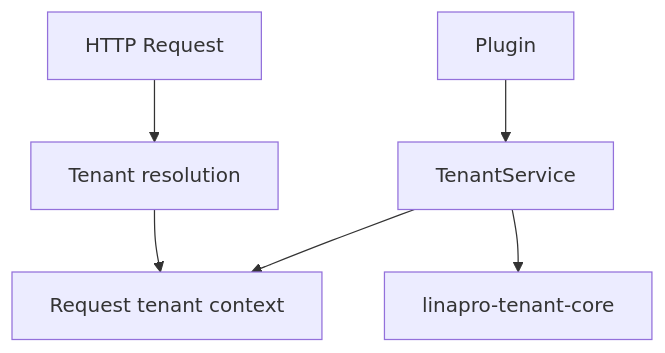
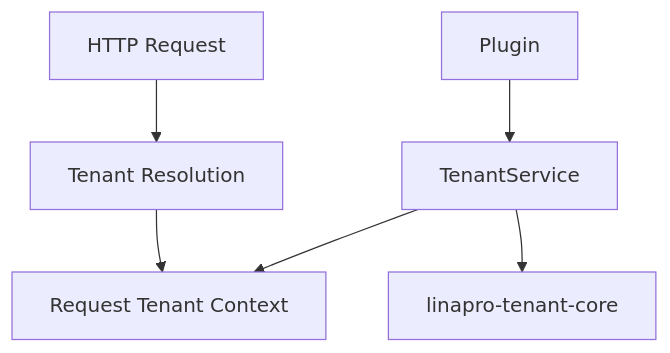
The first of 2 diagrams in apps/lina-site/i18n/en/docusaurus-plugin-content-docs/current/docs/3000-domain-capabilities/8700-tenant.md (linaproai/linapro-site), drawn with Mermaid before and after one commit. The commit also changed other lines of this file and 56 other files, not shown here.

Commit message:
Refactor documentation for tenant and user capabilities; enhance clarity and consistency in descriptions, method names, and usage examples. Update overview and architecture sections for improved readability and coherence. Adjust demo instructions and project positioning for better user guidance.

````diff
--- a/apps/lina-site/i18n/en/docusaurus-plugin-content-docs/current/docs/3000-domain-capabilities/8700-tenant.md
+++ b/apps/lina-site/i18n/en/docusaurus-plugin-content-docs/current/docs/3000-domain-capabilities/8700-tenant.md
@@ -44,8 +44,8 @@
 ```mermaid
 graph TB
-    Request["HTTP Request"] --> Resolver["Tenant resolution"]
-    Resolver --> Context["Request tenant context"]
+    Request["HTTP Request"] --> Resolver["Tenant Resolution"]
+    Resolver --> Context["Request Tenant Context"]
     Plugin["Plugin"] --> Tenant["TenantService"]
     Tenant --> Context
     Tenant --> Provider["linapro-tenant-core"]
 ```
````
